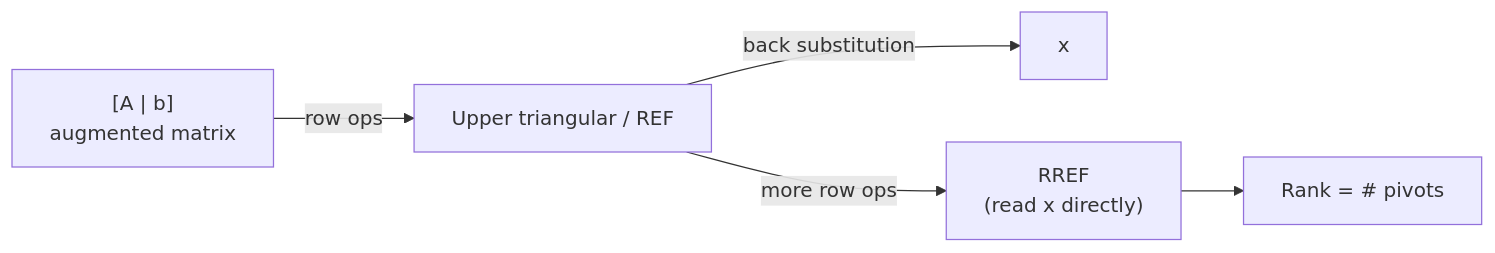
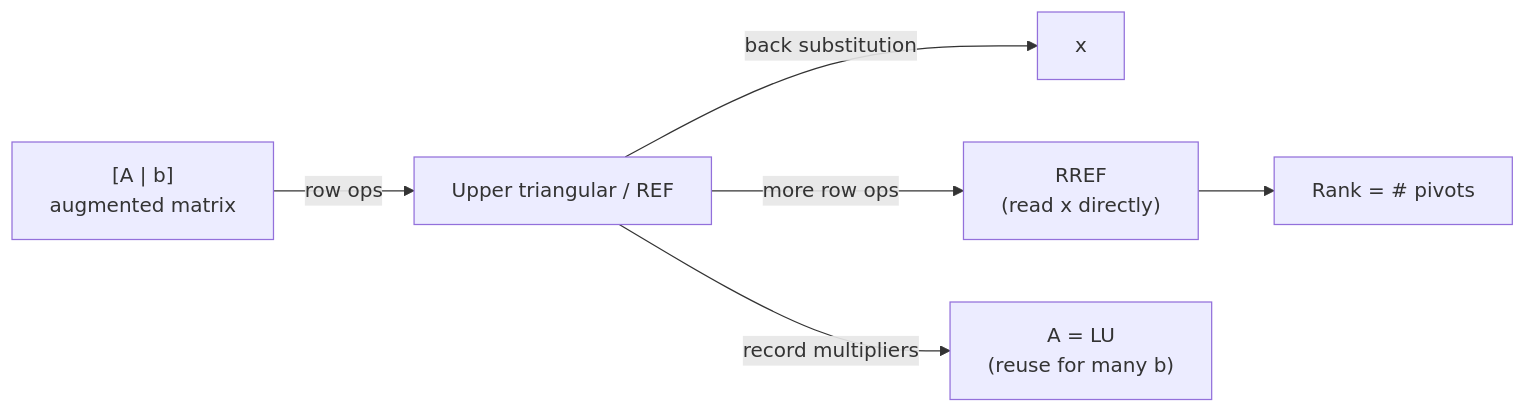
Before and after one commit to MadakariNayakaHM/AI-Zero-To-Advance-Course: the diagram in SEM1/Applied-Math-For-AI-DS/Notes/02-Gaussian-Elimination-Row-Operations-Rank.md, drawn with Mermaid. The commit also changed other lines of this file and 4 other files, not shown here.

````diff
--- a/SEM1/Applied-Math-For-AI-DS/Notes/02-Gaussian-Elimination-Row-Operations-Rank.md
+++ b/SEM1/Applied-Math-For-AI-DS/Notes/02-Gaussian-Elimination-Row-Operations-Rank.md
@@ -38,6 +40,7 @@
 ```mermaid
 flowchart LR
     A["[A | b]<br/>augmented matrix"] -->|row ops| U["Upper triangular / REF"] -->|back substitution| X[x]
     U -->|more row ops| R["RREF<br/>(read x directly)"]
     R --> RK["Rank = # pivots"]
+    U -->|record multipliers| LU["A = LU<br/>(reuse for many b)"]
 ```
````
